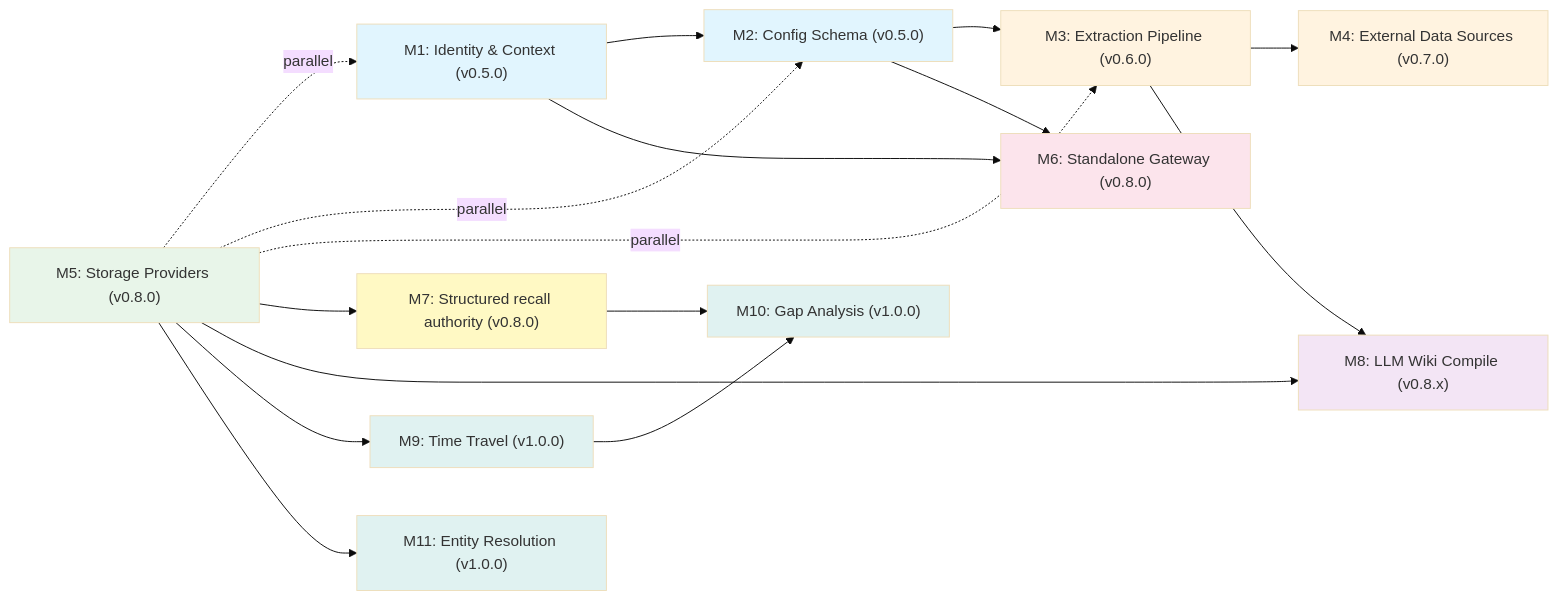
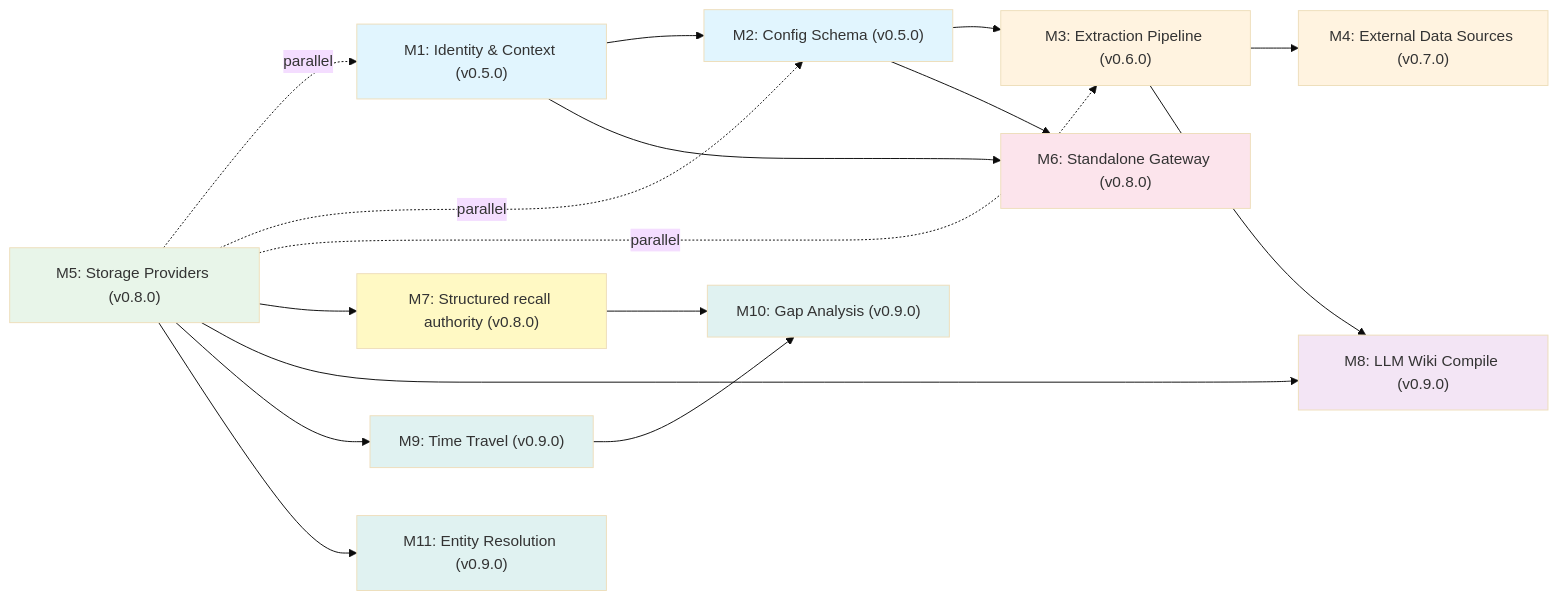
Before and after one commit to AstrocyteAI/astrocyte: the diagram in docs/_design/product-roadmap.md, drawn with Mermaid (base theme). The commit also changed other lines of this file and 21 other files, not shown here.

First line of the commit message:
docs: refresh architecture, end-user, plugins, tutorials

````diff
--- a/docs/_design/product-roadmap.md
+++ b/docs/_design/product-roadmap.md
@@ -438,30 +438,30 @@
 ```mermaid
 graph LR
     M1["M1: Identity & Context (v0.5.0)"] --> M2["M2: Config Schema (v0.5.0)"]
     M2 --> M3["M3: Extraction Pipeline (v0.6.0)"]
     M2 --> M6["M6: Standalone Gateway (v0.8.0)"]
     M3 --> M4["M4: External Data Sources (v0.7.0)"]
     M1 --> M6
     M5["M5: Storage Providers (v0.8.0)"] -.->|parallel| M1
     M5 -.->|parallel| M2
     M5 -.->|parallel| M3
     M5 --> M7["M7: Structured recall authority (v0.8.0)"]
-    M3 --> M8["M8: LLM Wiki Compile (v0.8.x)"]
+    M3 --> M8["M8: LLM Wiki Compile (v0.9.0)"]
     M5 --> M8
-    M5 --> M9["M9: Time Travel (v1.0.0)"]
-    M7 --> M10["M10: Gap Analysis (v1.0.0)"]
+    M5 --> M9["M9: Time Travel (v0.9.0)"]
+    M7 --> M10["M10: Gap Analysis (v0.9.0)"]
     M9 --> M10
-    M5 --> M11["M11: Entity Resolution (v1.0.0)"]
+    M5 --> M11["M11: Entity Resolution (v0.9.0)"]
 
     style M1 fill:#e1f5fe
     style M2 fill:#e1f5fe
     style M3 fill:#fff3e0
     style M4 fill:#fff3e0
     style M5 fill:#e8f5e9
     style M6 fill:#fce4ec
     style M7 fill:#fff9c4
     style M8 fill:#f3e5f5
     style M9 fill:#e0f2f1
     style M10 fill:#e0f2f1
     style M11 fill:#e0f2f1
 ```
````
